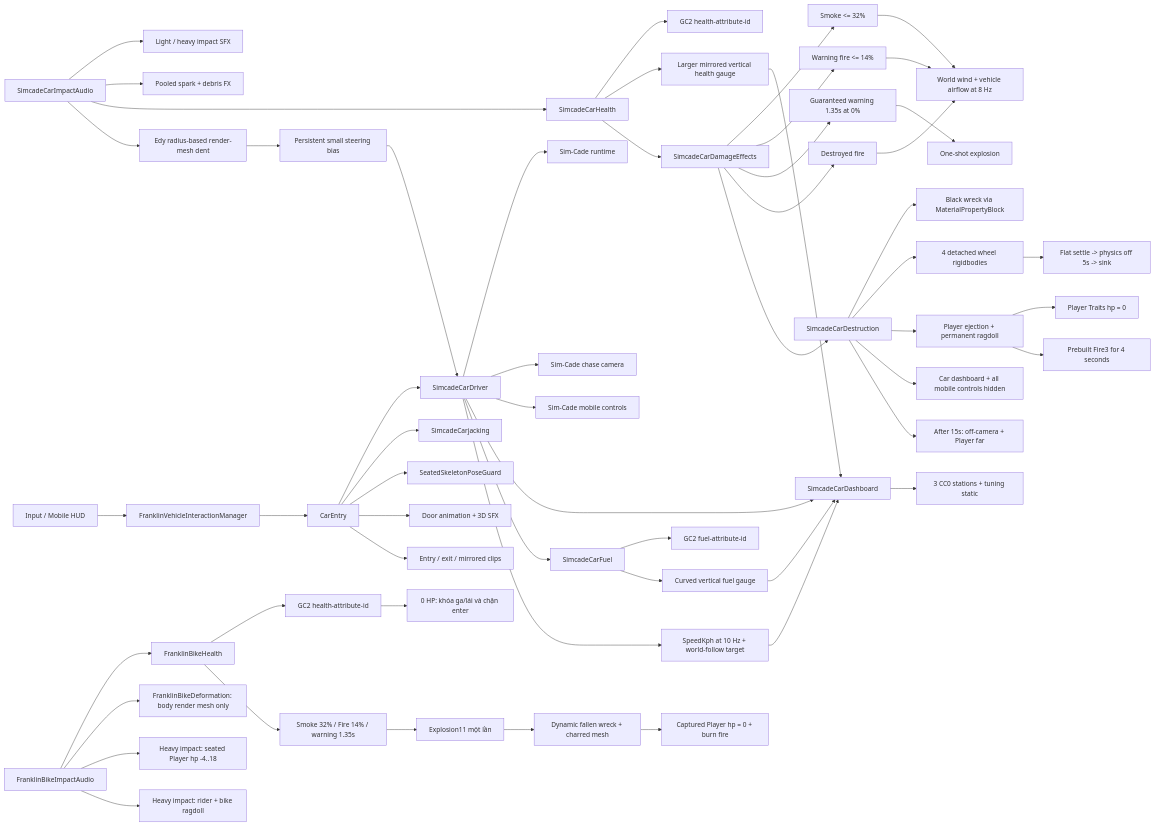
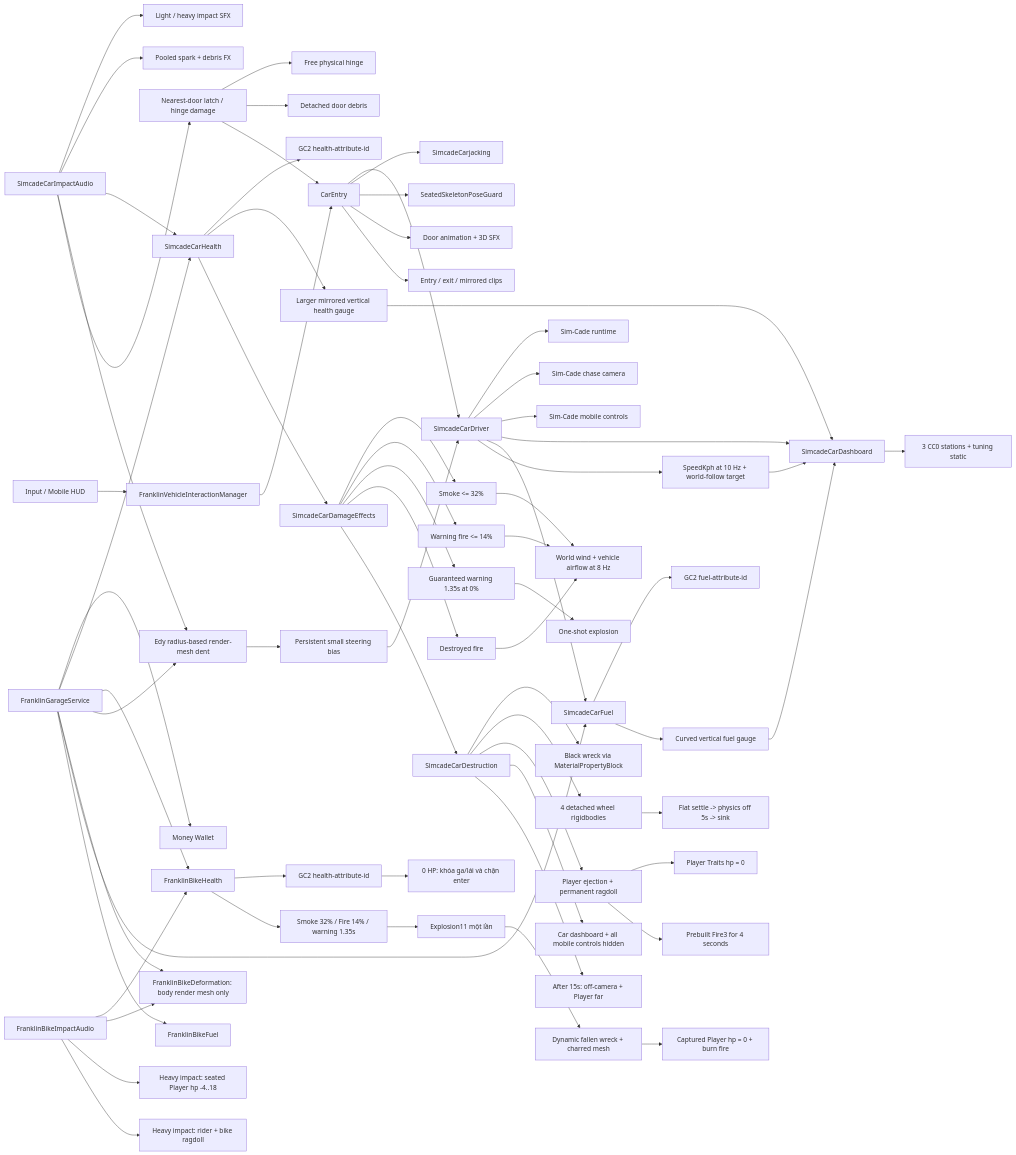
Before and after one commit to diepquocphong/AnonymousCrime: the first of 5 diagrams in Assets/Ash Assets/Vehicle Integration/README.md, drawn with Mermaid. The commit also changed other lines of this file and 347 other files, not shown here.

````diff
--- a/Assets/Ash Assets/Vehicle Integration/README.md
+++ b/Assets/Ash Assets/Vehicle Integration/README.md
@@ -165,58 +171,69 @@
 ```mermaid
 flowchart LR
     Input["Input / Mobile HUD"] --> Interaction["FranklinVehicleInteractionManager"]
     Interaction --> Entry["CarEntry"]
     Entry --> Driver["SimcadeCarDriver"]
     Entry --> Jack["SimcadeCarjacking"]
     Entry --> Pose["SeatedSkeletonPoseGuard"]
     Driver --> Simcade["Sim-Cade runtime"]
     Driver --> Camera["Sim-Cade chase camera"]
     Driver --> Mobile["Sim-Cade mobile controls"]
     Driver --> Dashboard["SimcadeCarDashboard"]
     Driver --> Fuel["SimcadeCarFuel"]
     Fuel --> FuelTraits["GC2 fuel-attribute-id"]
     Fuel --> FuelGauge["Curved vertical fuel gauge"]
     FuelGauge --> Dashboard
     Impact["SimcadeCarImpactAudio"] --> Audio["Light / heavy impact SFX"]
     Impact --> FX["Pooled spark + debris FX"]
     Impact --> Health["SimcadeCarHealth"]
     Impact --> Dent["Edy radius-based render-mesh dent"]
+    Impact --> DoorDamage["Nearest-door latch / hinge damage"]
+    DoorDamage --> LooseDoor["Free physical hinge"]
+    DoorDamage --> DetachedDoor["Detached door debris"]
+    DoorDamage --> Entry
     Dent --> SteeringDamage["Persistent small steering bias"]
     SteeringDamage --> Driver
     Health --> Traits["GC2 health-attribute-id"]
     Health --> HealthGauge["Larger mirrored vertical health gauge"]
     HealthGauge --> Dashboard
     Health --> DamageFX["SimcadeCarDamageEffects"]
     DamageFX --> WeakSmoke["Smoke <= 32%"]
     DamageFX --> CriticalFire["Warning fire <= 14%"]
     CriticalFire --> Wind["World wind + vehicle airflow at 8 Hz"]
     WeakSmoke --> Wind
     DamageFX --> Delay["Guaranteed warning 1.35s at 0%"]
     Delay --> Explosion["One-shot explosion"]
     DamageFX --> Fire["Destroyed fire"]
     Fire --> Wind
     DamageFX --> Destruction["SimcadeCarDestruction"]
     Destruction --> Charred["Black wreck via MaterialPropertyBlock"]
     Destruction --> Wheels["4 detached wheel rigidbodies"]
     Wheels --> WheelCleanup["Flat settle -> physics off 5s -> sink"]
     Destruction --> Eject["Player ejection + permanent ragdoll"]
     Eject --> PlayerTraits["Player Traits hp = 0"]
     Eject --> Burn["Prebuilt Fire3 for 4 seconds"]
     Destruction --> HideUI["Car dashboard + all mobile controls hidden"]
     Destruction --> WreckCleanup["After 15s: off-camera + Player far"]
     Driver --> Speed["SpeedKph at 10 Hz + world-follow target"]
     Speed --> Dashboard
     Dashboard --> Radio["3 CC0 stations + tuning static"]
     Entry --> Door["Door animation + 3D SFX"]
     Entry --> Clips["Entry / exit / mirrored clips"]
     BikeImpact["FranklinBikeImpactAudio"] --> BikeHealth["FranklinBikeHealth"]
     BikeImpact --> BikeDent["FranklinBikeDeformation: body render mesh only"]
     BikeHealth --> BikeTraits["GC2 health-attribute-id"]
     BikeImpact --> BikePlayerDamage["Heavy impact: seated Player hp -4..18"]
     BikeTraits --> BikeLock["0 HP: khóa ga/lái và chặn enter"]
     BikeHealth --> BikeDamageFX["Smoke 32% / Fire 14% / warning 1.35s"]
     BikeDamageFX --> BikeExplosion["Explosion11 một lần"]
     BikeExplosion --> BikeWreck["Dynamic fallen wreck + charred mesh"]
     BikeWreck --> BikePlayerZero["Captured Player hp = 0 + burn fire"]
     BikeImpact --> BikeCrash["Heavy impact: rider + bike ragdoll"]
+    Garage["FranklinGarageService"] --> Wallet["Money Wallet"]
+    Garage --> Health
+    Garage --> BikeHealth
+    Garage --> Dent
+    Garage --> BikeDent
+    Garage --> Fuel
+    Garage --> BikeFuel["FranklinBikeFuel"]
 ```
````
